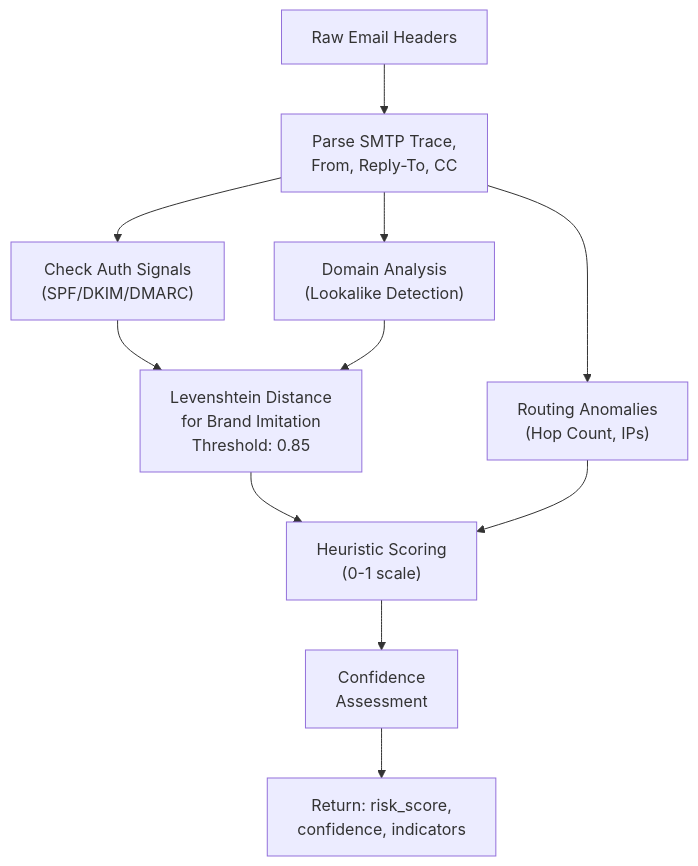
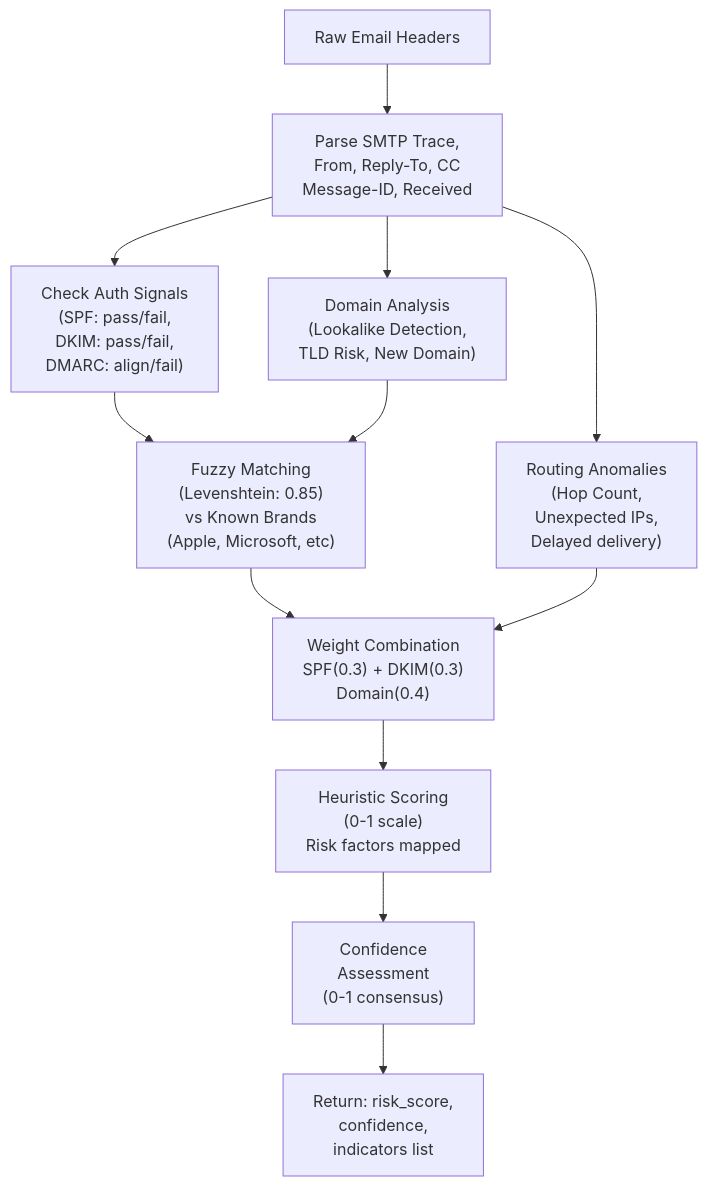
One commit to mk12002/email_security changed the second of 11 diagrams in docs/ELITE_PRESENTATION_CONTENT.md. Above: the diagram before and after it, drawn with Mermaid. The commit also changed other lines of this file, not shown here.

````diff
--- a/docs/ELITE_PRESENTATION_CONTENT.md
+++ b/docs/ELITE_PRESENTATION_CONTENT.md
@@ -143,18 +147,20 @@
 ```mermaid
 graph TB
     RAW["Raw Email Headers"] 
-    --> PARSE["Parse SMTP Trace,<br/>From, Reply-To, CC"]
+    --> PARSE["Parse SMTP Trace,<br/>From, Reply-To, CC<br/>Message-ID, Received"]
     
-    PARSE --> AUTH["Check Auth Signals<br/>(SPF/DKIM/DMARC)"]
-    PARSE --> DOM["Domain Analysis<br/>(Lookalike Detection)"]
-    PARSE --> ROUTE["Routing Anomalies<br/>(Hop Count, IPs)"]
+    PARSE --> AUTH["Check Auth Signals<br/>(SPF: pass/fail,<br/>DKIM: pass/fail,<br/>DMARC: align/fail)"]
+    PARSE --> DOM["Domain Analysis<br/>(Lookalike Detection,<br/>TLD Risk, New Domain)"]
+    PARSE --> ROUTE["Routing Anomalies<br/>(Hop Count,<br/>Unexpected IPs,<br/>Delayed delivery)"]
     
-    AUTH --> LEV["Levenshtein Distance<br/>for Brand Imitation<br/>Threshold: 0.85"]
+    AUTH --> LEV["Fuzzy Matching<br/>(Levenshtein: 0.85)<br/>vs Known Brands<br/>(Apple, Microsoft, etc)"]
     DOM --> LEV
     
-    LEV --> HEUR["Heuristic Scoring<br/>(0-1 scale)"]
-    ROUTE --> HEUR
+    LEV --> WEIGHT["Weight Combination<br/>SPF(0.3) + DKIM(0.3)<br/>Domain(0.4)"]
+    ROUTE --> WEIGHT
     
-    HEUR --> CONF["Confidence<br/>Assessment"]
-    CONF --> OUT["Return: risk_score,<br/>confidence, indicators"]
+    WEIGHT --> HEUR["Heuristic Scoring<br/>(0-1 scale)<br/>Risk factors mapped"]
+    
+    HEUR --> CONF["Confidence<br/>Assessment<br/>(0-1 consensus)"]
+    CONF --> OUT["Return: risk_score,<br/>confidence,<br/>indicators list"]
 ```
````
